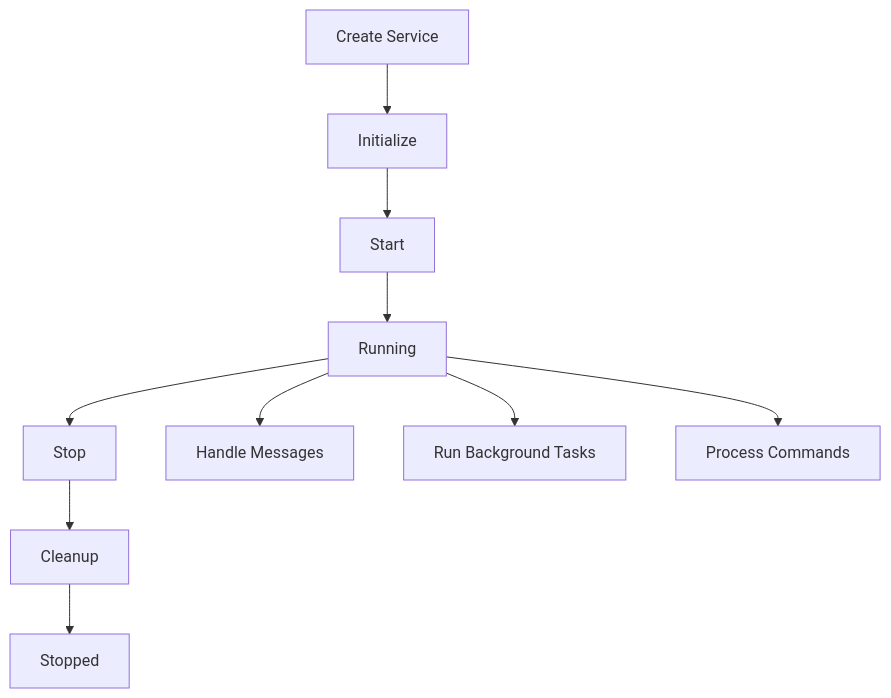
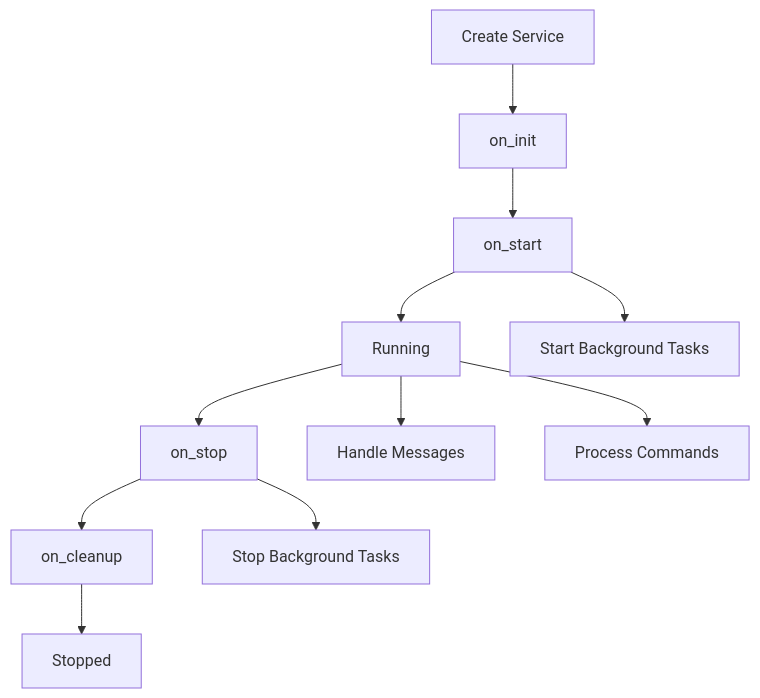
Before and after one commit to ajcasagrande/aiperf: the diagram in aiperf/lifecycle/README.md, drawn with Mermaid. The commit also changed other lines of this file and 5 other files, not shown here.

````diff
--- a/aiperf/lifecycle/README.md
+++ b/aiperf/lifecycle/README.md
@@ -100,13 +140,14 @@
 ```mermaid
 graph TD
-    A[Create Service] --> B[Initialize]
-    B --> C[Start]
+    A[Create Service] --> B[on_init]
+    B --> C[on_start]
     C --> D[Running]
-    D --> E[Stop]
-    E --> F[Cleanup]
+    D --> E[on_stop]
+    E --> F[on_cleanup]
     F --> G[Stopped]
 
-    D --> H[Handle Messages]
-    D --> I[Run Background Tasks]
+    C --> H[Start Background Tasks]
+    D --> I[Handle Messages]
     D --> J[Process Commands]
+    E --> K[Stop Background Tasks]
 ```
````
